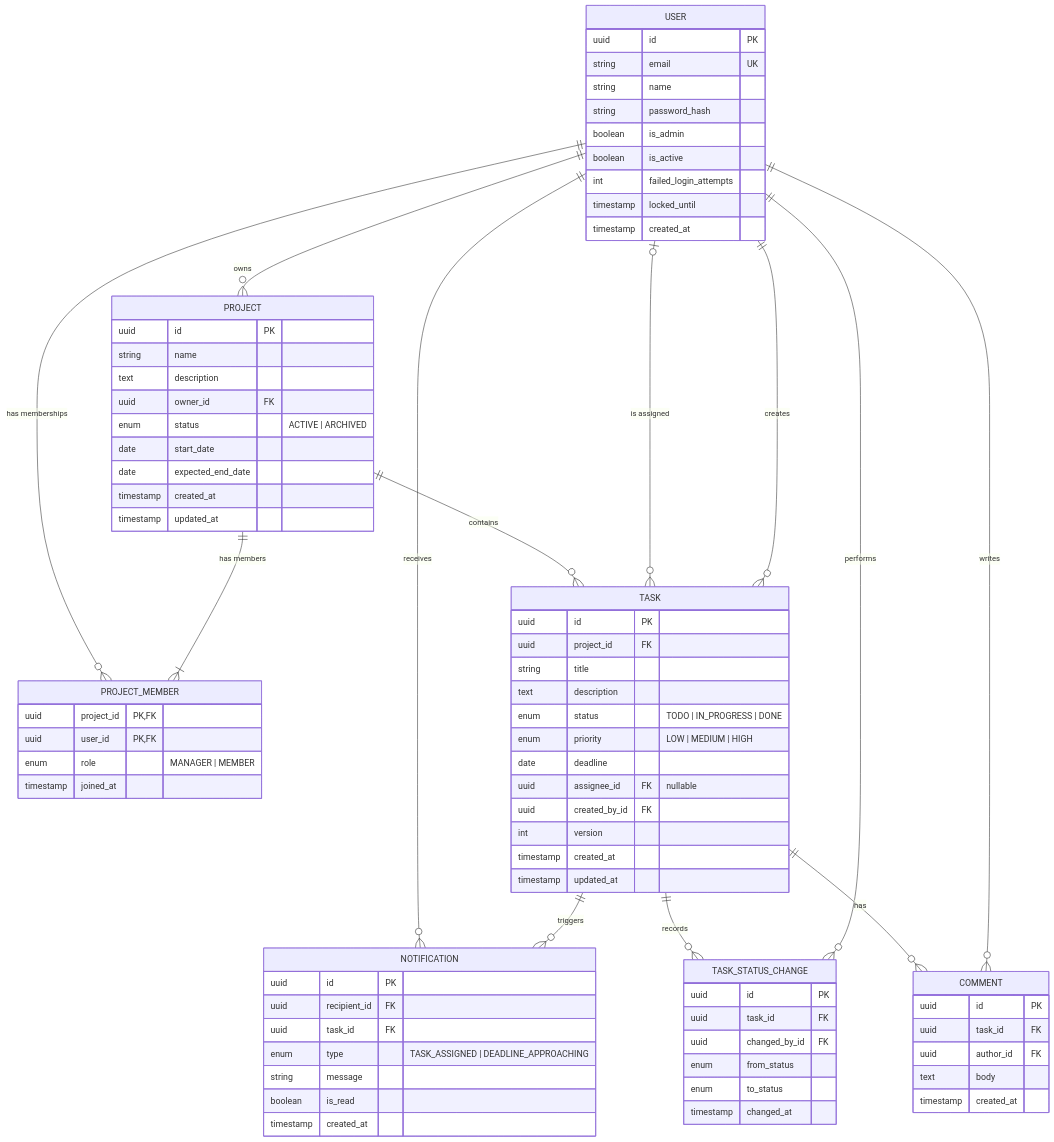
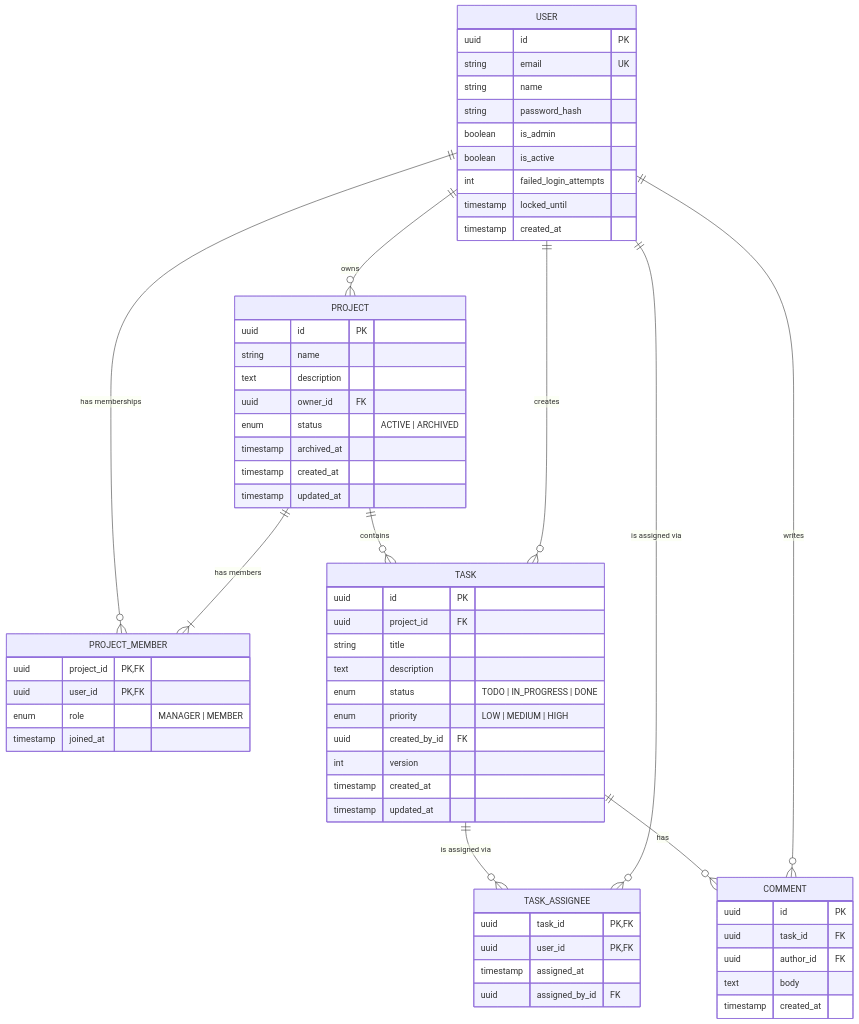
One commit to hugosousa1231830/matriz changed the diagram in docs/database.md. Above: the diagram before and after it, drawn with Mermaid. The commit also changed other lines of this file and 26 other files, not shown here.

````diff
--- a/docs/database.md
+++ b/docs/database.md
@@ -136,82 +158,65 @@
 ```mermaid
 erDiagram
     USER ||--o{ PROJECT_MEMBER : "has memberships"
     PROJECT ||--|{ PROJECT_MEMBER : "has members"
     USER ||--o{ PROJECT : "owns"
     PROJECT ||--o{ TASK : "contains"
-    USER |o--o{ TASK : "is assigned"
+    TASK ||--o{ TASK_ASSIGNEE : "is assigned via"
+    USER ||--o{ TASK_ASSIGNEE : "is assigned via"
     USER ||--o{ TASK : "creates"
     TASK ||--o{ COMMENT : "has"
     USER ||--o{ COMMENT : "writes"
-    TASK ||--o{ TASK_STATUS_CHANGE : "records"
-    USER ||--o{ TASK_STATUS_CHANGE : "performs"
-    USER ||--o{ NOTIFICATION : "receives"
-    TASK ||--o{ NOTIFICATION : "triggers"
 
     USER {
         uuid id PK
         string email UK
         string name
         string password_hash
         boolean is_admin
         boolean is_active
         int failed_login_attempts
         timestamp locked_until
         timestamp created_at
     }
     PROJECT {
         uuid id PK
         string name
         text description
         uuid owner_id FK
         enum status "ACTIVE | ARCHIVED"
-        date start_date
-        date expected_end_date
+        timestamp archived_at
         timestamp created_at
         timestamp updated_at
     }
     PROJECT_MEMBER {
         uuid project_id PK, FK
         uuid user_id PK, FK
         enum role "MANAGER | MEMBER"
         timestamp joined_at
     }
     TASK {
         uuid id PK
         uuid project_id FK
         string title
         text description
         enum status "TODO | IN_PROGRESS | DONE"
         enum priority "LOW | MEDIUM | HIGH"
-        date deadline
-        uuid assignee_id FK "nullable"
         uuid created_by_id FK
         int version
         timestamp created_at
         timestamp updated_at
+    }
+    TASK_ASSIGNEE {
+        uuid task_id PK, FK
+        uuid user_id PK, FK
+        timestamp assigned_at
+        uuid assigned_by_id FK
     }
     COMMENT {
         uuid id PK
         uuid task_id FK
         uuid author_id FK
         text body
         timestamp created_at
     }
-    TASK_STATUS_CHANGE {
-        uuid id PK
-        uuid task_id FK
-        uuid changed_by_id FK
-        enum from_status
-        enum to_status
-        timestamp changed_at
-    }
-    NOTIFICATION {
-        uuid id PK
-        uuid recipient_id FK
-        uuid task_id FK
-        enum type "TASK_ASSIGNED | DEADLINE_APPROACHING"
-        string message
-        boolean is_read
-        timestamp created_at
-    }
 ```
````
